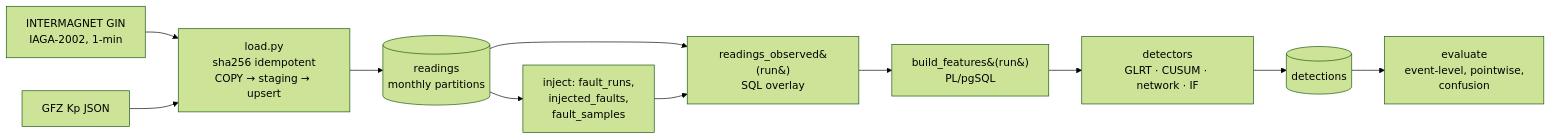
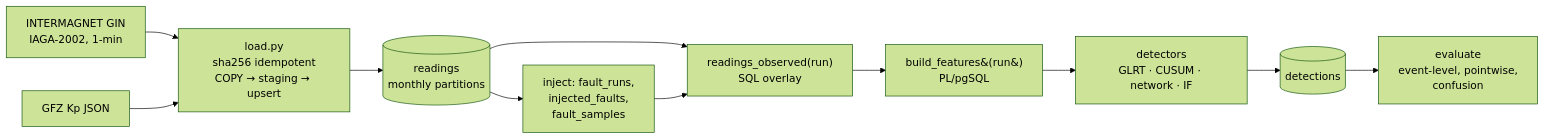
The diagram in README.md (Homeew/magfault), drawn with Mermaid (forest theme) before and after one commit.

Commit message:
Update README.md
fix errors

````diff
--- a/README.md
+++ b/README.md
@@ -90,13 +90,13 @@
 ```mermaid
 flowchart LR
     A[INTERMAGNET GIN<br/>IAGA-2002, 1-min] --> L[load.py<br/>sha256 idempotent<br/>COPY → staging → upsert]
     K[GFZ Kp JSON] --> L
     L --> R[(readings<br/>monthly partitions)]
     R --> I[inject: fault_runs,<br/>injected_faults,<br/>fault_samples]
-    R --> O[readings_observed&#40;run&#41;<br/>SQL overlay]
+      R --> O["readings_observed(run)<br/>SQL overlay"]
     I --> O
     O --> F[build_features&#40;run&#41;<br/>PL/pgSQL]
     F --> D[detectors<br/>GLRT · CUSUM · network · IF]
     D --> T[(detections)]
     T --> E[evaluate<br/>event-level, pointwise,<br/>confusion]
 ```
````
